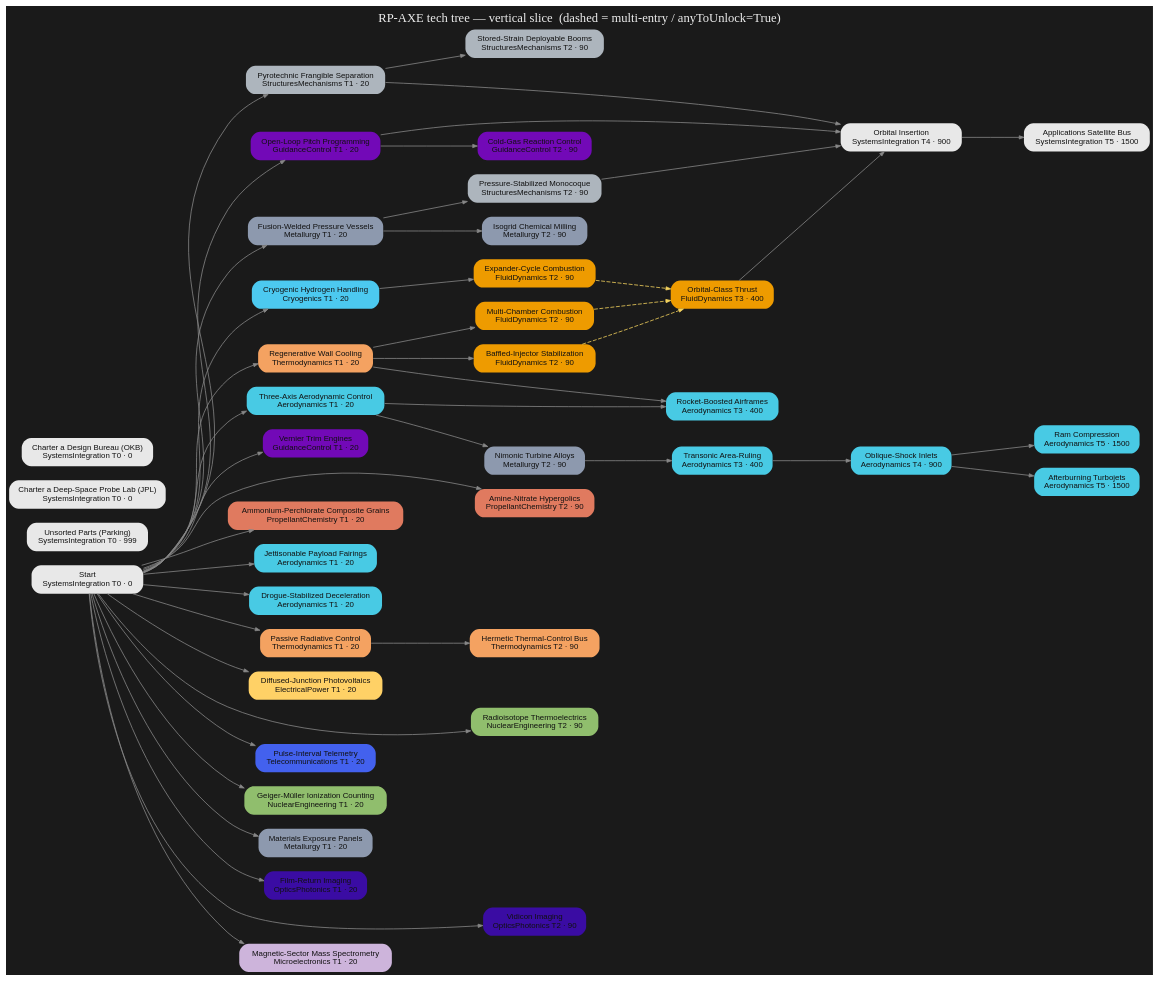
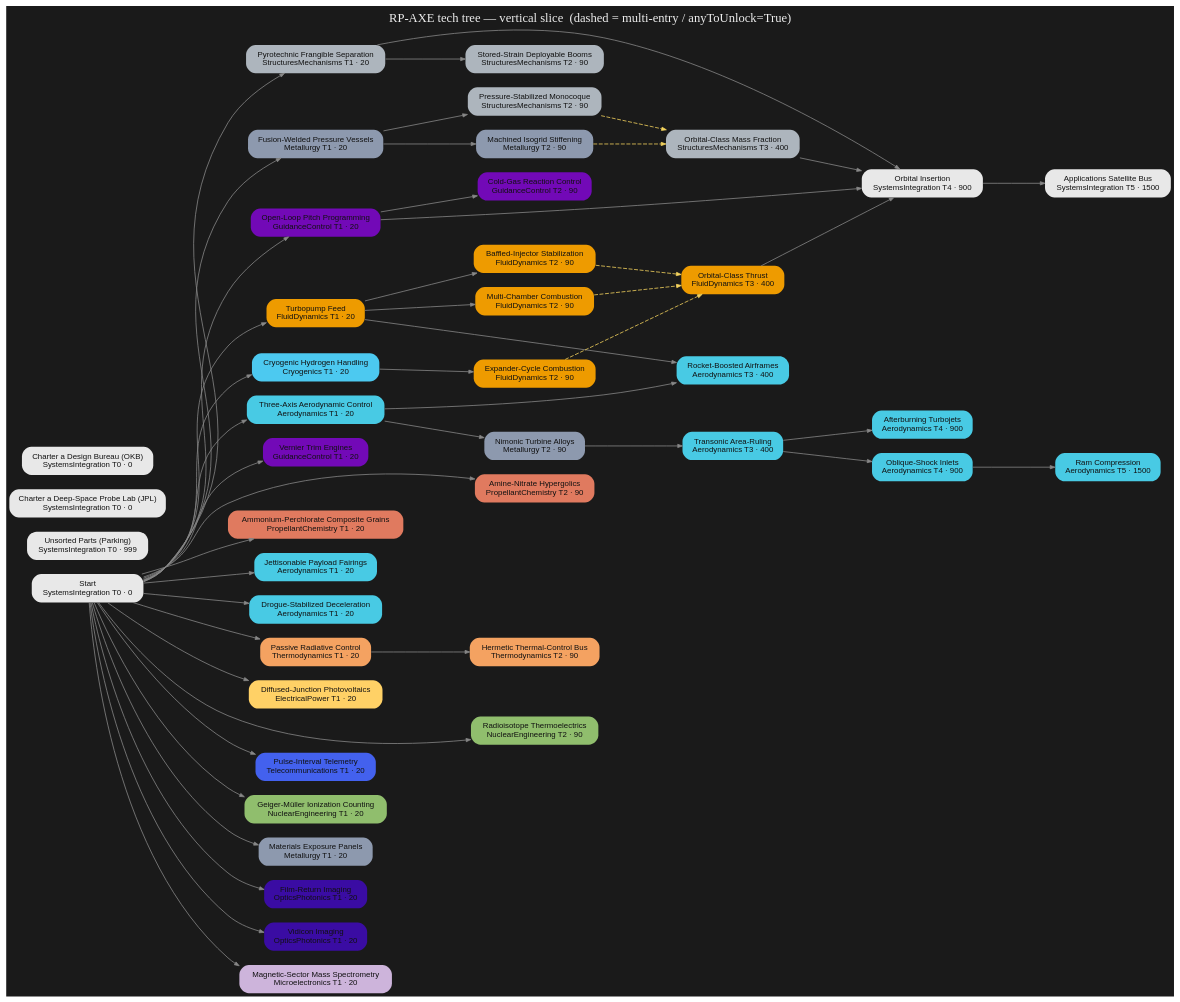
One commit to miskoltrans/RP-AXE changed the diagram in tree/render/axe-tree.dot. Above: the diagram before and after it, drawn with Graphviz. The commit also changed 8 other files, not shown here.

First line of the commit message:
tree: act on early-tree 3-lens review (mass-fraction multi-entry, turbopump re-home, polish)

```diff
--- a/tree/render/axe-tree.dot
+++ b/tree/render/axe-tree.dot
@@ -1,97 +1,100 @@
 digraph AXE {
   rankdir=LR; bgcolor="#1a1a1a"; nodesep=0.25; ranksep=1.1;
   node[shape=box,style="filled,rounded",fontname="Helvetica",fontsize=10,color="#00000000"];
   edge[color="#888888",arrowsize=0.6];
   "start" [label="Start\nSystemsIntegration T0 · 0",fillcolor="#e8e8e8",fontcolor="#111111"];
   "parking" [label="Unsorted Parts (Parking)\nSystemsIntegration T0 · 999",fillcolor="#e8e8e8",fontcolor="#111111"];
   "hire_JPL" [label="Charter a Deep-Space Probe Lab (JPL)\nSystemsIntegration T0 · 0",fillcolor="#e8e8e8",fontcolor="#111111"];
   "hire_OKB" [label="Charter a Design Bureau (OKB)\nSystemsIntegration T0 · 0",fillcolor="#e8e8e8",fontcolor="#111111"];
-  "th_regenCooling" [label="Regenerative Wall Cooling\nThermodynamics T1 · 20",fillcolor="#f4a261",fontcolor="#111111"];
+  "fd_turbopumpFeed" [label="Turbopump Feed\nFluidDynamics T1 · 20",fillcolor="#ee9b00",fontcolor="#111111"];
   "fd_multiChamber" [label="Multi-Chamber Combustion\nFluidDynamics T2 · 90",fillcolor="#ee9b00",fontcolor="#111111"];
   "fd_baffledInjector" [label="Baffled-Injector Stabilization\nFluidDynamics T2 · 90",fillcolor="#ee9b00",fontcolor="#111111"];
   "fd_verniers" [label="Vernier Trim Engines\nGuidanceControl T1 · 20",fillcolor="#7209b7",fontcolor="#111111"];
   "pc_hypergolics" [label="Amine-Nitrate Hypergolics\nPropellantChemistry T2 · 90",fillcolor="#e07a5f",fontcolor="#111111"];
   "cryo_hydrogen" [label="Cryogenic Hydrogen Handling\nCryogenics T1 · 20",fillcolor="#4cc9f0",fontcolor="#111111"];
   "fd_expanderCycle" [label="Expander-Cycle Combustion\nFluidDynamics T2 · 90",fillcolor="#ee9b00",fontcolor="#111111"];
   "fd_orbitalThrust" [label="Orbital-Class Thrust\nFluidDynamics T3 · 400",fillcolor="#ee9b00",fontcolor="#111111"];
   "pc_solidGrains" [label="Ammonium-Perchlorate Composite Grains\nPropellantChemistry T1 · 20",fillcolor="#e07a5f",fontcolor="#111111"];
   "met_weldedTank" [label="Fusion-Welded Pressure Vessels\nMetallurgy T1 · 20",fillcolor="#8d99ae",fontcolor="#111111"];
-  "met_isogrid" [label="Isogrid Chemical Milling\nMetallurgy T2 · 90",fillcolor="#8d99ae",fontcolor="#111111"];
+  "met_isogrid" [label="Machined Isogrid Stiffening\nMetallurgy T2 · 90",fillcolor="#8d99ae",fontcolor="#111111"];
   "str_balloonTank" [label="Pressure-Stabilized Monocoque\nStructuresMechanisms T2 · 90",fillcolor="#adb5bd",fontcolor="#111111"];
+  "str_orbitalMassFraction" [label="Orbital-Class Mass Fraction\nStructuresMechanisms T3 · 400",fillcolor="#adb5bd",fontcolor="#111111"];
   "str_staging" [label="Pyrotechnic Frangible Separation\nStructuresMechanisms T1 · 20",fillcolor="#adb5bd",fontcolor="#111111"];
   "gnc_pitchProgram" [label="Open-Loop Pitch Programming\nGuidanceControl T1 · 20",fillcolor="#7209b7",fontcolor="#111111"];
   "gnc_rcs" [label="Cold-Gas Reaction Control\nGuidanceControl T2 · 90",fillcolor="#7209b7",fontcolor="#111111"];
   "str_booms" [label="Stored-Strain Deployable Booms\nStructuresMechanisms T2 · 90",fillcolor="#adb5bd",fontcolor="#111111"];
   "aero_fairings" [label="Jettisonable Payload Fairings\nAerodynamics T1 · 20",fillcolor="#48cae4",fontcolor="#111111"];
   "aero_recovery" [label="Drogue-Stabilized Deceleration\nAerodynamics T1 · 20",fillcolor="#48cae4",fontcolor="#111111"];
   "th_radiativeControl" [label="Passive Radiative Control\nThermodynamics T1 · 20",fillcolor="#f4a261",fontcolor="#111111"];
   "th_hermeticBus" [label="Hermetic Thermal-Control Bus\nThermodynamics T2 · 90",fillcolor="#f4a261",fontcolor="#111111"];
   "elec_siliconPV" [label="Diffused-Junction Photovoltaics\nElectricalPower T1 · 20",fillcolor="#ffd166",fontcolor="#111111"];
   "nuc_rtg" [label="Radioisotope Thermoelectrics\nNuclearEngineering T2 · 90",fillcolor="#90be6d",fontcolor="#111111"];
   "tel_telemetry" [label="Pulse-Interval Telemetry\nTelecommunications T1 · 20",fillcolor="#4361ee",fontcolor="#111111"];
   "nuc_geiger" [label="Geiger-Müller Ionization Counting\nNuclearEngineering T1 · 20",fillcolor="#90be6d",fontcolor="#111111"];
   "met_exposurePanels" [label="Materials Exposure Panels\nMetallurgy T1 · 20",fillcolor="#8d99ae",fontcolor="#111111"];
   "opt_filmReturn" [label="Film-Return Imaging\nOpticsPhotonics T1 · 20",fillcolor="#3a0ca3",fontcolor="#111111"];
-  "opt_vidicon" [label="Vidicon Imaging\nOpticsPhotonics T2 · 90",fillcolor="#3a0ca3",fontcolor="#111111"];
+  "opt_vidicon" [label="Vidicon Imaging\nOpticsPhotonics T1 · 20",fillcolor="#3a0ca3",fontcolor="#111111"];
   "mic_massSpec" [label="Magnetic-Sector Mass Spectrometry\nMicroelectronics T1 · 20",fillcolor="#cdb4db",fontcolor="#111111"];
   "int_orbitalInsertion" [label="Orbital Insertion\nSystemsIntegration T4 · 900",fillcolor="#e8e8e8",fontcolor="#111111"];
   "int_applicationsSat" [label="Applications Satellite Bus\nSystemsIntegration T5 · 1500",fillcolor="#e8e8e8",fontcolor="#111111"];
   "xplaneStart" [label="Three-Axis Aerodynamic Control\nAerodynamics T1 · 20",fillcolor="#48cae4",fontcolor="#111111"];
   "met_turbineAlloys" [label="Nimonic Turbine Alloys\nMetallurgy T2 · 90",fillcolor="#8d99ae",fontcolor="#111111"];
   "aero_areaRule" [label="Transonic Area-Ruling\nAerodynamics T3 · 400",fillcolor="#48cae4",fontcolor="#111111"];
   "aero_shockInlets" [label="Oblique-Shock Inlets\nAerodynamics T4 · 900",fillcolor="#48cae4",fontcolor="#111111"];
-  "aero_afterburner" [label="Afterburning Turbojets\nAerodynamics T5 · 1500",fillcolor="#48cae4",fontcolor="#111111"];
+  "aero_afterburner" [label="Afterburning Turbojets\nAerodynamics T4 · 900",fillcolor="#48cae4",fontcolor="#111111"];
   "aero_ramjet" [label="Ram Compression\nAerodynamics T5 · 1500",fillcolor="#48cae4",fontcolor="#111111"];
   "aero_rocketplane" [label="Rocket-Boosted Airframes\nAerodynamics T3 · 400",fillcolor="#48cae4",fontcolor="#111111"];
   { rank=same; "start" "parking" "hire_JPL" "hire_OKB" }
-  { rank=same; "th_regenCooling" "fd_verniers" "cryo_hydrogen" "pc_solidGrains" "met_weldedTank" "str_staging" "gnc_pitchProgram" "aero_fairings" "aero_recovery" "th_radiativeControl" "elec_siliconPV" "tel_telemetry" "nuc_geiger" "met_exposurePanels" "opt_filmReturn" "mic_massSpec" "xplaneStart" }
-  { rank=same; "fd_multiChamber" "fd_baffledInjector" "pc_hypergolics" "fd_expanderCycle" "met_isogrid" "str_balloonTank" "gnc_rcs" "str_booms" "th_hermeticBus" "nuc_rtg" "opt_vidicon" "met_turbineAlloys" }
-  { rank=same; "fd_orbitalThrust" "aero_areaRule" "aero_rocketplane" }
-  { rank=same; "int_orbitalInsertion" "aero_shockInlets" }
-  { rank=same; "int_applicationsSat" "aero_afterburner" "aero_ramjet" }
-  "start" -> "th_regenCooling" [style=solid];
-  "th_regenCooling" -> "fd_multiChamber" [style=solid];
-  "th_regenCooling" -> "fd_baffledInjector" [style=solid];
+  { rank=same; "fd_turbopumpFeed" "fd_verniers" "cryo_hydrogen" "pc_solidGrains" "met_weldedTank" "str_staging" "gnc_pitchProgram" "aero_fairings" "aero_recovery" "th_radiativeControl" "elec_siliconPV" "tel_telemetry" "nuc_geiger" "met_exposurePanels" "opt_filmReturn" "opt_vidicon" "mic_massSpec" "xplaneStart" }
+  { rank=same; "fd_multiChamber" "fd_baffledInjector" "pc_hypergolics" "fd_expanderCycle" "met_isogrid" "str_balloonTank" "gnc_rcs" "str_booms" "th_hermeticBus" "nuc_rtg" "met_turbineAlloys" }
+  { rank=same; "fd_orbitalThrust" "str_orbitalMassFraction" "aero_areaRule" "aero_rocketplane" }
+  { rank=same; "int_orbitalInsertion" "aero_shockInlets" "aero_afterburner" }
+  { rank=same; "int_applicationsSat" "aero_ramjet" }
+  "start" -> "fd_turbopumpFeed" [style=solid];
+  "fd_turbopumpFeed" -> "fd_multiChamber" [style=solid];
+  "fd_turbopumpFeed" -> "fd_baffledInjector" [style=solid];
   "start" -> "fd_verniers" [style=solid];
   "start" -> "pc_hypergolics" [style=solid];
   "start" -> "cryo_hydrogen" [style=solid];
   "cryo_hydrogen" -> "fd_expanderCycle" [style=solid];
   "fd_multiChamber" -> "fd_orbitalThrust" [style=dashed,color="#f4d35e"];
   "fd_baffledInjector" -> "fd_orbitalThrust" [style=dashed,color="#f4d35e"];
   "fd_expanderCycle" -> "fd_orbitalThrust" [style=dashed,color="#f4d35e"];
   "start" -> "pc_solidGrains" [style=solid];
   "start" -> "met_weldedTank" [style=solid];
   "met_weldedTank" -> "met_isogrid" [style=solid];
   "met_weldedTank" -> "str_balloonTank" [style=solid];
+  "met_isogrid" -> "str_orbitalMassFraction" [style=dashed,color="#f4d35e"];
+  "str_balloonTank" -> "str_orbitalMassFraction" [style=dashed,color="#f4d35e"];
   "start" -> "str_staging" [style=solid];
   "start" -> "gnc_pitchProgram" [style=solid];
   "gnc_pitchProgram" -> "gnc_rcs" [style=solid];
   "str_staging" -> "str_booms" [style=solid];
   "start" -> "aero_fairings" [style=solid];
   "start" -> "aero_recovery" [style=solid];
   "start" -> "th_radiativeControl" [style=solid];
   "th_radiativeControl" -> "th_hermeticBus" [style=solid];
   "start" -> "elec_siliconPV" [style=solid];
   "start" -> "nuc_rtg" [style=solid];
   "start" -> "tel_telemetry" [style=solid];
   "start" -> "nuc_geiger" [style=solid];
   "start" -> "met_exposurePanels" [style=solid];
   "start" -> "opt_filmReturn" [style=solid];
   "start" -> "opt_vidicon" [style=solid];
   "start" -> "mic_massSpec" [style=solid];
   "fd_orbitalThrust" -> "int_orbitalInsertion" [style=solid];
-  "str_balloonTank" -> "int_orbitalInsertion" [style=solid];
+  "str_orbitalMassFraction" -> "int_orbitalInsertion" [style=solid];
   "str_staging" -> "int_orbitalInsertion" [style=solid];
   "gnc_pitchProgram" -> "int_orbitalInsertion" [style=solid];
   "int_orbitalInsertion" -> "int_applicationsSat" [style=solid];
   "start" -> "xplaneStart" [style=solid];
   "xplaneStart" -> "met_turbineAlloys" [style=solid];
   "met_turbineAlloys" -> "aero_areaRule" [style=solid];
   "aero_areaRule" -> "aero_shockInlets" [style=solid];
-  "aero_shockInlets" -> "aero_afterburner" [style=solid];
+  "aero_areaRule" -> "aero_afterburner" [style=solid];
   "aero_shockInlets" -> "aero_ramjet" [style=solid];
   "xplaneStart" -> "aero_rocketplane" [style=solid];
-  "th_regenCooling" -> "aero_rocketplane" [style=solid];
+  "fd_turbopumpFeed" -> "aero_rocketplane" [style=solid];
   labelloc="t"; fontcolor="#eeeeee"; fontsize=16;
   label="RP-AXE tech tree — vertical slice  (dashed = multi-entry / anyToUnlock=True)";
 }
```
